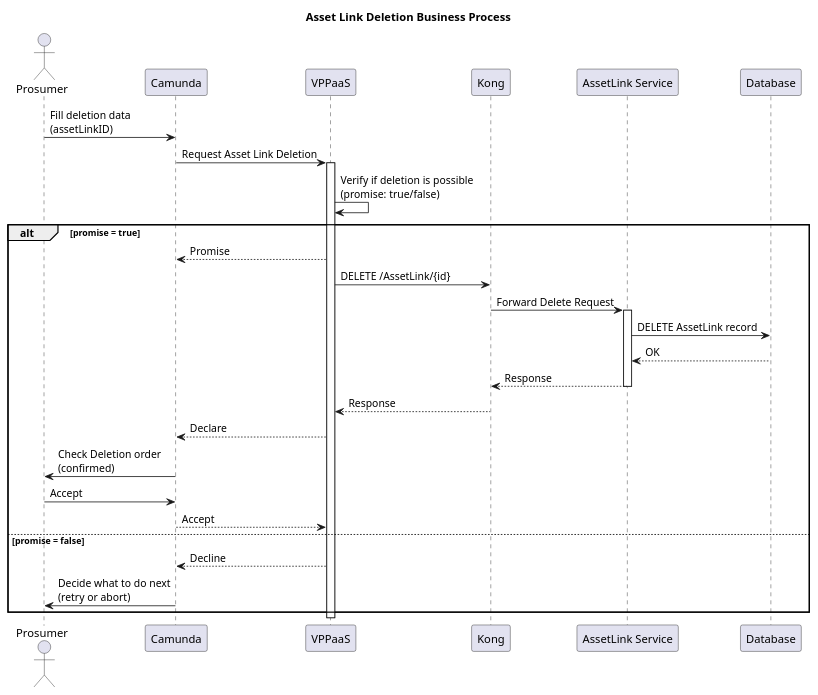
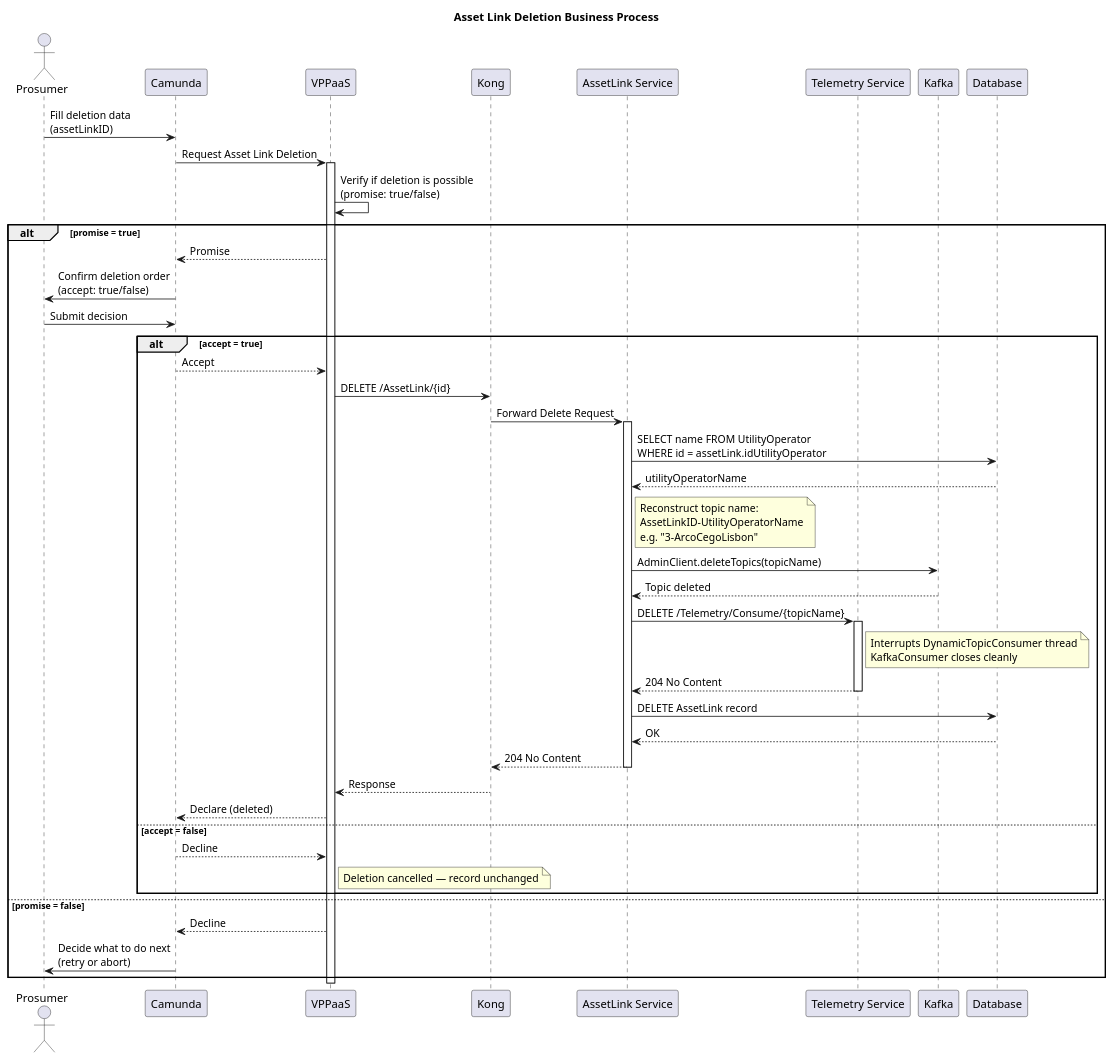
One commit to WatchYoJet/VPPaaS changed the diagram in Sequence-Diagrams/Asset-Link-Deletion.wsd. Above: the diagram before and after it, drawn with PlantUML. The commit also changed 108 other files, not shown here.

```diff
--- a/Sequence-Diagrams/Asset-Link-Deletion.wsd
+++ b/Sequence-Diagrams/Asset-Link-Deletion.wsd
@@ -1,32 +1,52 @@
 title Asset Link Deletion Business Process
 
 actor Prosumer
 participant Camunda
 participant VPPaaS
 participant Kong
 participant "AssetLink Service" as Service
+participant "Telemetry Service" as Telemetry
+participant Kafka
+participant Database
 
 Prosumer->Camunda: Fill deletion data\n(assetLinkID)
 Camunda->VPPaaS: Request Asset Link Deletion
 activate VPPaaS
 VPPaaS->VPPaaS: Verify if deletion is possible\n(promise: true/false)
 
 alt promise = true
   VPPaaS-->Camunda: Promise
-  VPPaaS->Kong: DELETE /AssetLink/{id}
-  Kong->Service: Forward Delete Request
-  activate Service
-  Service->Database: DELETE AssetLink record
-  Database-->Service: OK
-  Service-->Kong: Response
-  deactivate Service
-  Kong-->VPPaaS: Response
-  VPPaaS-->Camunda: Declare
-  Camunda->Prosumer: Check Deletion order\n(confirmed)
-  Prosumer->Camunda: Accept
-  Camunda-->VPPaaS: Accept
+  Camunda->Prosumer: Confirm deletion order\n(accept: true/false)
+  Prosumer->Camunda: Submit decision
+
+  alt accept = true
+    Camunda-->VPPaaS: Accept
+    VPPaaS->Kong: DELETE /AssetLink/{id}
+    Kong->Service: Forward Delete Request
+    activate Service
+    Service->Database: SELECT name FROM UtilityOperator\nWHERE id = assetLink.idUtilityOperator
+    Database-->Service: utilityOperatorName
+    note right of Service: Reconstruct topic name:\nAssetLinkID-UtilityOperatorName\ne.g. "3-ArcoCegoLisbon"
+    Service->Kafka: AdminClient.deleteTopics(topicName)
+    Kafka-->Service: Topic deleted
+    Service->Telemetry: DELETE /Telemetry/Consume/{topicName}
+    activate Telemetry
+    note right of Telemetry: Interrupts DynamicTopicConsumer thread\nKafkaConsumer closes cleanly
+    Telemetry-->Service: 204 No Content
+    deactivate Telemetry
+    Service->Database: DELETE AssetLink record
+    Database-->Service: OK
+    Service-->Kong: 204 No Content
+    deactivate Service
+    Kong-->VPPaaS: Response
+    VPPaaS-->Camunda: Declare (deleted)
+  else accept = false
+    Camunda-->VPPaaS: Decline
+    note right of VPPaaS: Deletion cancelled — record unchanged
+  end
+
 else promise = false
   VPPaaS-->Camunda: Decline
   Camunda->Prosumer: Decide what to do next\n(retry or abort)
 end
 deactivate VPPaaS
```
